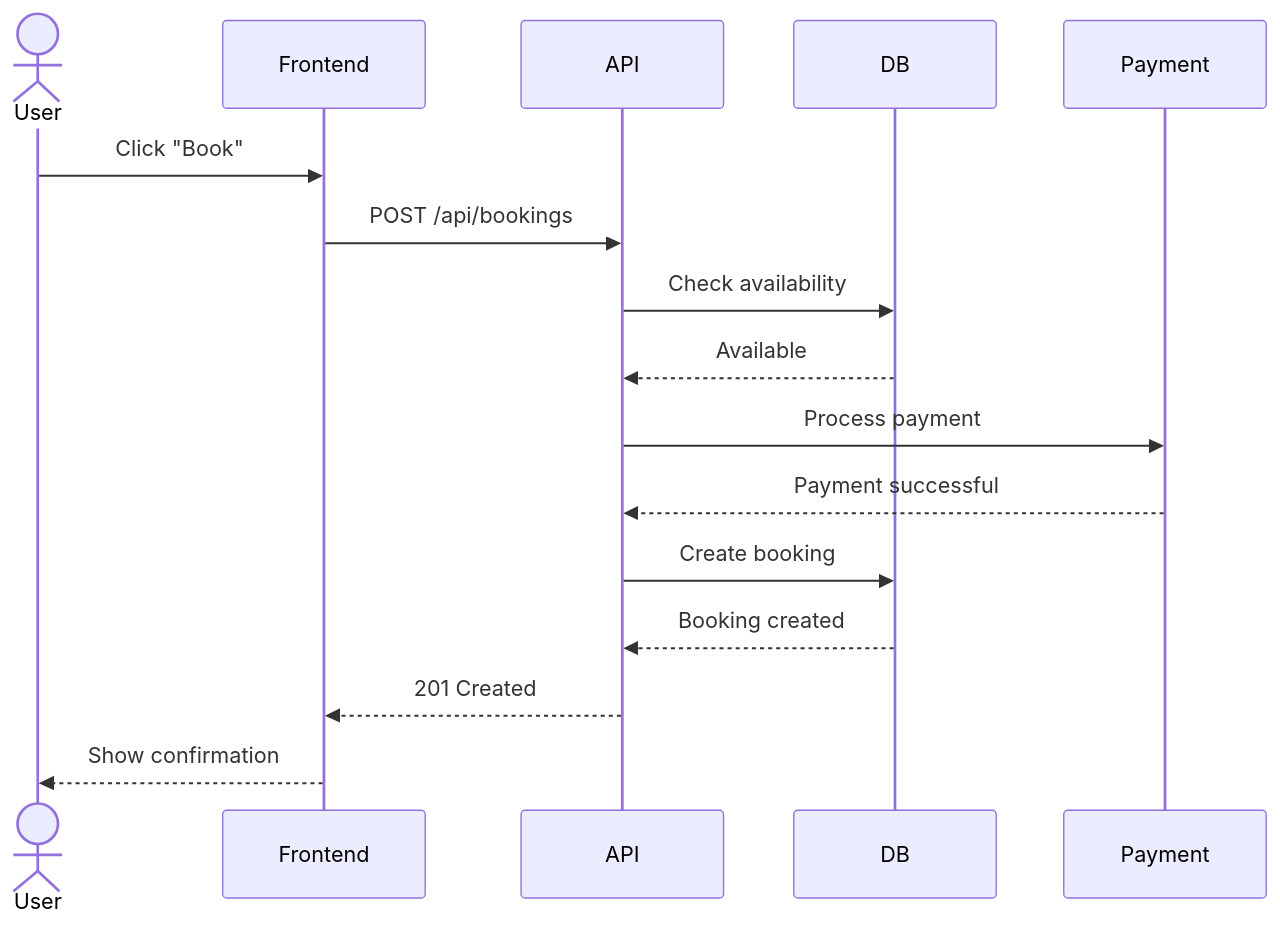
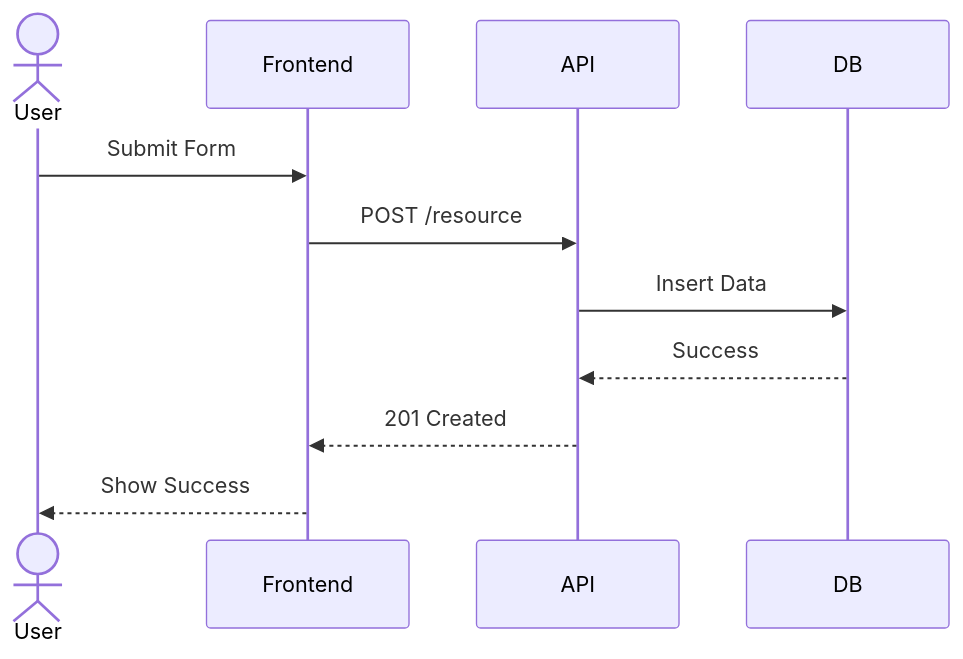
Before and after one commit to qazuor/claude-code-config: the second of 8 diagrams in templates/skills/tech/mermaid-diagram-specialist.md, drawn with Mermaid. The commit also changed other lines of this file and 26 other files, not shown here.

````diff
--- a/templates/skills/tech/mermaid-diagram-specialist.md
+++ b/templates/skills/tech/mermaid-diagram-specialist.md
@@ -160,19 +62,14 @@
 ```mermaid
 sequenceDiagram
     actor User
     participant Frontend
     participant API
     participant DB
-    participant Payment
 
-    User->>Frontend: Click "Book"
-    Frontend->>API: POST /api/bookings
-    API->>DB: Check availability
-    DB-->>API: Available
-    API->>Payment: Process payment
-    Payment-->>API: Payment successful
-    API->>DB: Create booking
-    DB-->>API: Booking created
+    User->>Frontend: Submit Form
+    Frontend->>API: POST /resource
+    API->>DB: Insert Data
+    DB-->>API: Success
     API-->>Frontend: 201 Created
-    Frontend-->>User: Show confirmation
+    Frontend-->>User: Show Success
 ```
````
